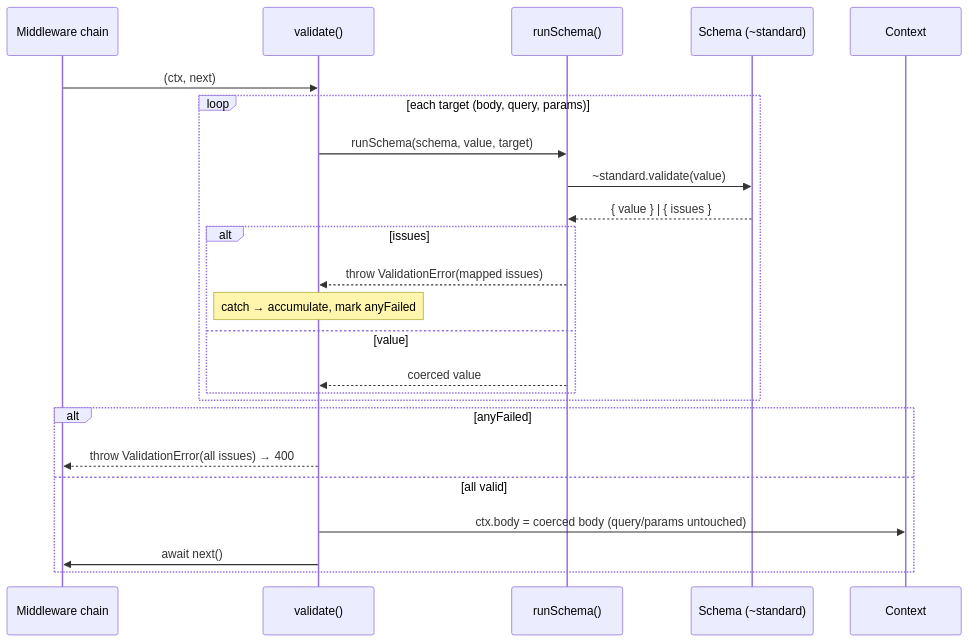
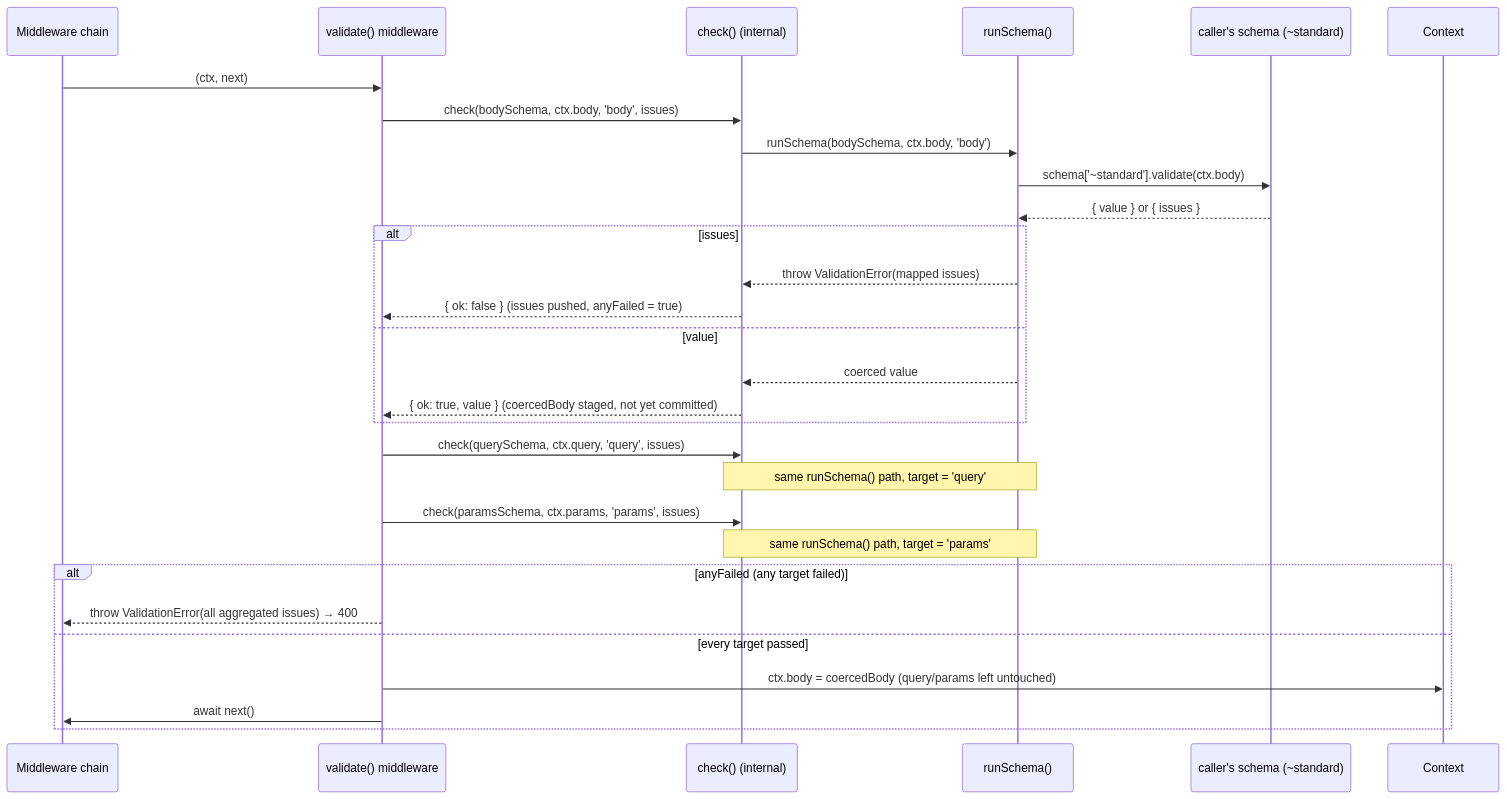
Before and after one commit to 0xTanzim/nextRush: the third of 4 diagrams in packages/middleware/validation/ARCHITECTURE.md, drawn with Mermaid. The commit also changed other lines of this file and 9 other files, not shown here.

First line of the commit message:
docs(v4): Wave A2 batch 1 — cors, helmet, body-parser, validation

````diff
--- a/packages/middleware/validation/ARCHITECTURE.md
+++ b/packages/middleware/validation/ARCHITECTURE.md
@@ -44,27 +181,32 @@
 ```mermaid
 sequenceDiagram
     participant Chain as Middleware chain
-    participant V as validate()
+    participant V as validate() middleware
+    participant Check as check() (internal)
     participant R as runSchema()
-    participant S as Schema (~standard)
+    participant S as caller's schema (~standard)
     participant Ctx as Context
 
     Chain->>V: (ctx, next)
-    loop each target (body, query, params)
-        V->>R: runSchema(schema, value, target)
-        R->>S: ~standard.validate(value)
-        S-->>R: { value } | { issues }
-        alt issues
-            R-->>V: throw ValidationError(mapped issues)
-            Note over V: catch → accumulate, mark anyFailed
-        else value
-            R-->>V: coerced value
-        end
+    V->>Check: check(bodySchema, ctx.body, 'body', issues)
+    Check->>R: runSchema(bodySchema, ctx.body, 'body')
+    R->>S: schema['~standard'].validate(ctx.body)
+    S-->>R: { value } or { issues }
+    alt issues
+        R-->>Check: throw ValidationError(mapped issues)
+        Check-->>V: { ok: false } (issues pushed, anyFailed = true)
+    else value
+        R-->>Check: coerced value
+        Check-->>V: { ok: true, value } (coercedBody staged, not yet committed)
     end
-    alt anyFailed
-        V-->>Chain: throw ValidationError(all issues) → 400
-    else all valid
-        V->>Ctx: ctx.body = coerced body (query/params untouched)
+    V->>Check: check(querySchema, ctx.query, 'query', issues)
+    Note over Check,R: same runSchema() path, target = 'query'
+    V->>Check: check(paramsSchema, ctx.params, 'params', issues)
+    Note over Check,R: same runSchema() path, target = 'params'
+    alt anyFailed (any target failed)
+        V-->>Chain: throw ValidationError(all aggregated issues) → 400
+    else every target passed
+        V->>Ctx: ctx.body = coercedBody (query/params left untouched)
         V->>Chain: await next()
     end
 ```
````
